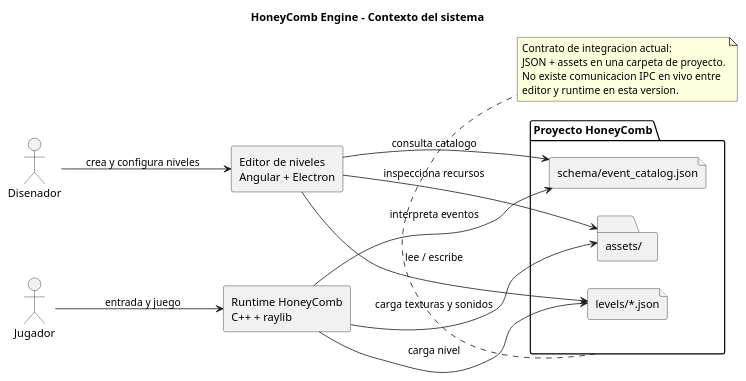
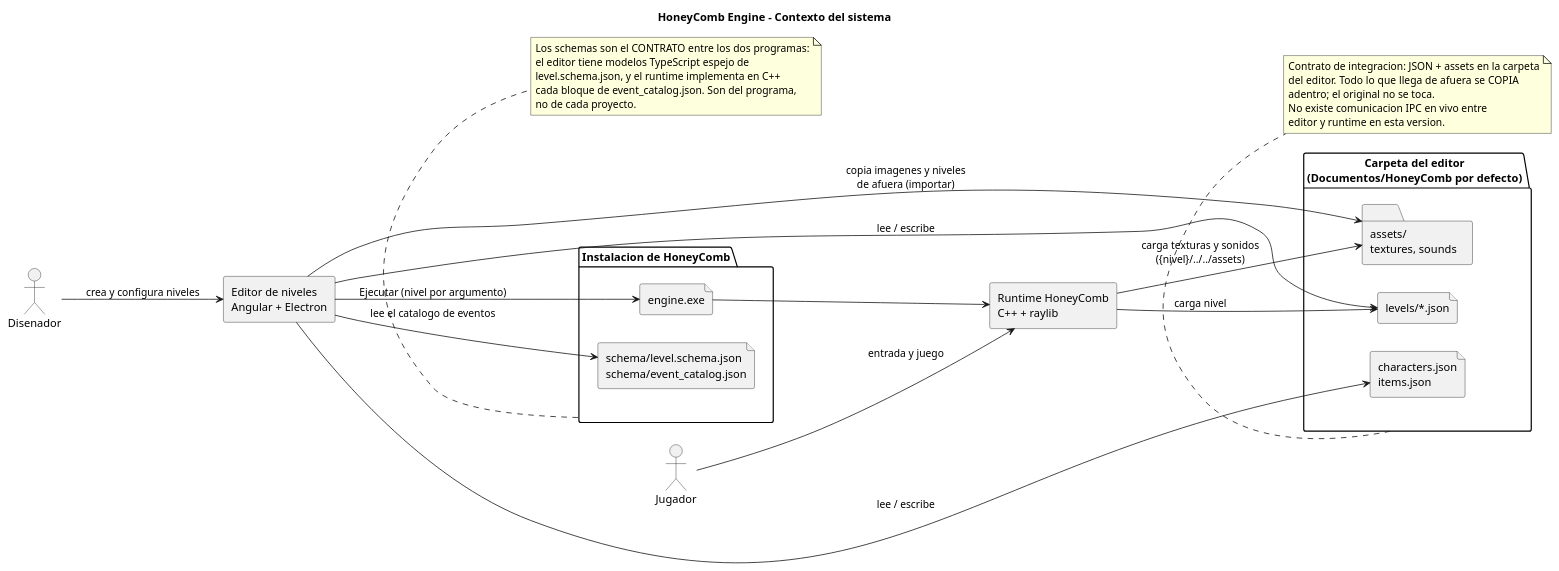
The diagram in docs/architecture/system-context.puml (dannn-36/HoneyCombEngine-PlataformaNoCode-2.5D), drawn with PlantUML before and after one commit. The commit also changed 59 other files, not shown here.

First line of the commit message:
Refactorizar el espacio de trabajo del editor y la canalización de recursos

```diff
--- a/docs/architecture/system-context.puml
+++ b/docs/architecture/system-context.puml
@@ -1,31 +1,46 @@
 @startuml system-context
 title HoneyComb Engine - Contexto del sistema
 left to right direction
 skinparam componentStyle rectangle
 
 actor "Disenador" as designer
 rectangle "Editor de niveles\nAngular + Electron" as editor
-folder "Proyecto HoneyComb" as project {
+folder "Carpeta del editor\n(Documentos/HoneyComb por defecto)" as project {
   file "levels/*.json" as levels
-  file "schema/event_catalog.json" as catalog
-  folder "assets/" as assets
+  folder "assets/\ntextures, sounds" as assets
+  file "characters.json\nitems.json" as libraries
+}
+folder "Instalacion de HoneyComb" as install {
+  file "schema/level.schema.json\nschema/event_catalog.json" as schema
+  file "engine.exe" as exe
 }
 rectangle "Runtime HoneyComb\nC++ + raylib" as runtime
 actor "Jugador" as player
 
 designer --> editor : crea y configura niveles
 editor --> levels : lee / escribe
-editor --> catalog : consulta catalogo
-editor --> assets : inspecciona recursos
+editor --> assets : copia imagenes y niveles\nde afuera (importar)
+editor --> libraries : lee / escribe
+editor --> schema : lee el catalogo de eventos
+editor --> exe : Ejecutar (nivel por argumento)
+exe --> runtime
 runtime --> levels : carga nivel
-runtime --> catalog : interpreta eventos
-runtime --> assets : carga texturas y sonidos
+runtime --> assets : carga texturas y sonidos\n({nivel}/../../assets)
 player --> runtime : entrada y juego
 
 note bottom of project
-Contrato de integracion actual:
-JSON + assets en una carpeta de proyecto.
+Contrato de integracion: JSON + assets en la carpeta
+del editor. Todo lo que llega de afuera se COPIA
+adentro; el original no se toca.
 No existe comunicacion IPC en vivo entre
 editor y runtime en esta version.
 end note
+
+note bottom of install
+Los schemas son el CONTRATO entre los dos programas:
+el editor tiene modelos TypeScript espejo de
+level.schema.json, y el runtime implementa en C++
+cada bloque de event_catalog.json. Son del programa,
+no de cada proyecto.
+end note
 @enduml
```
